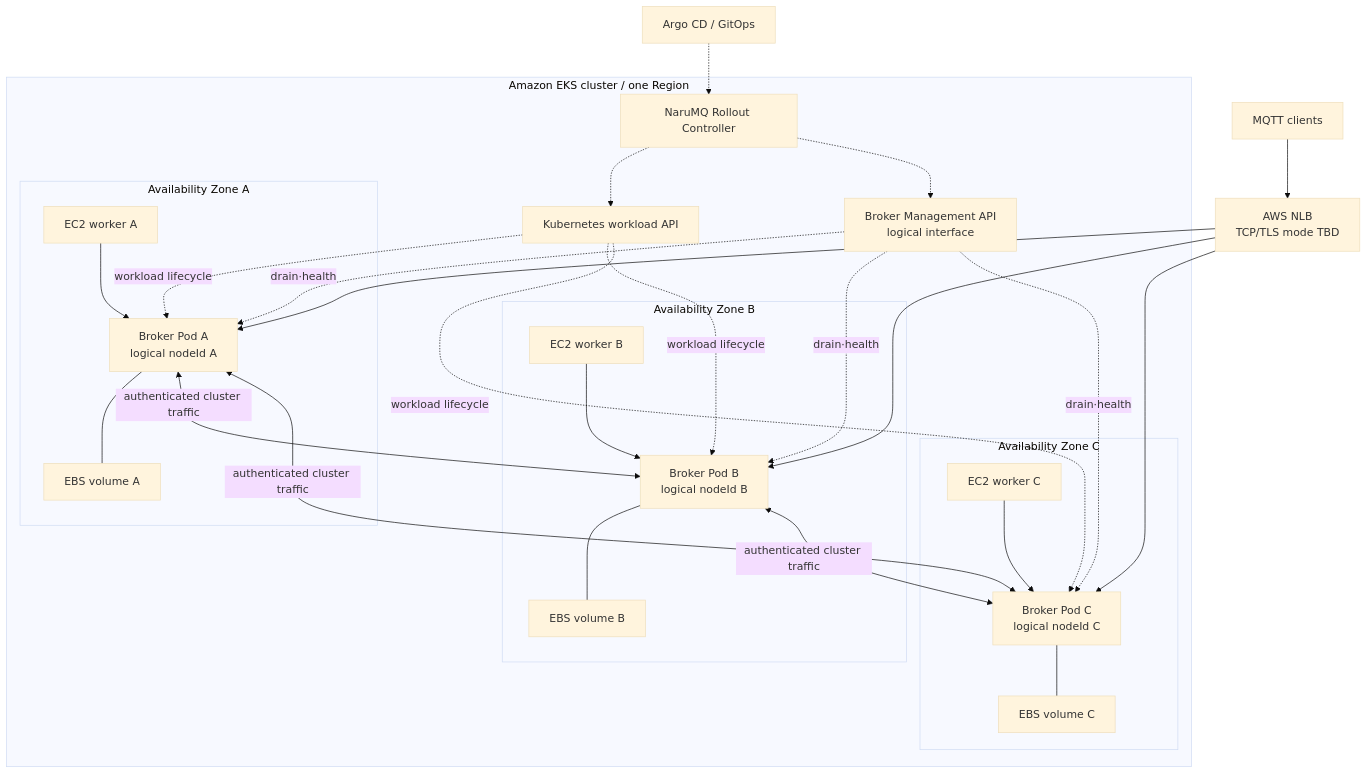
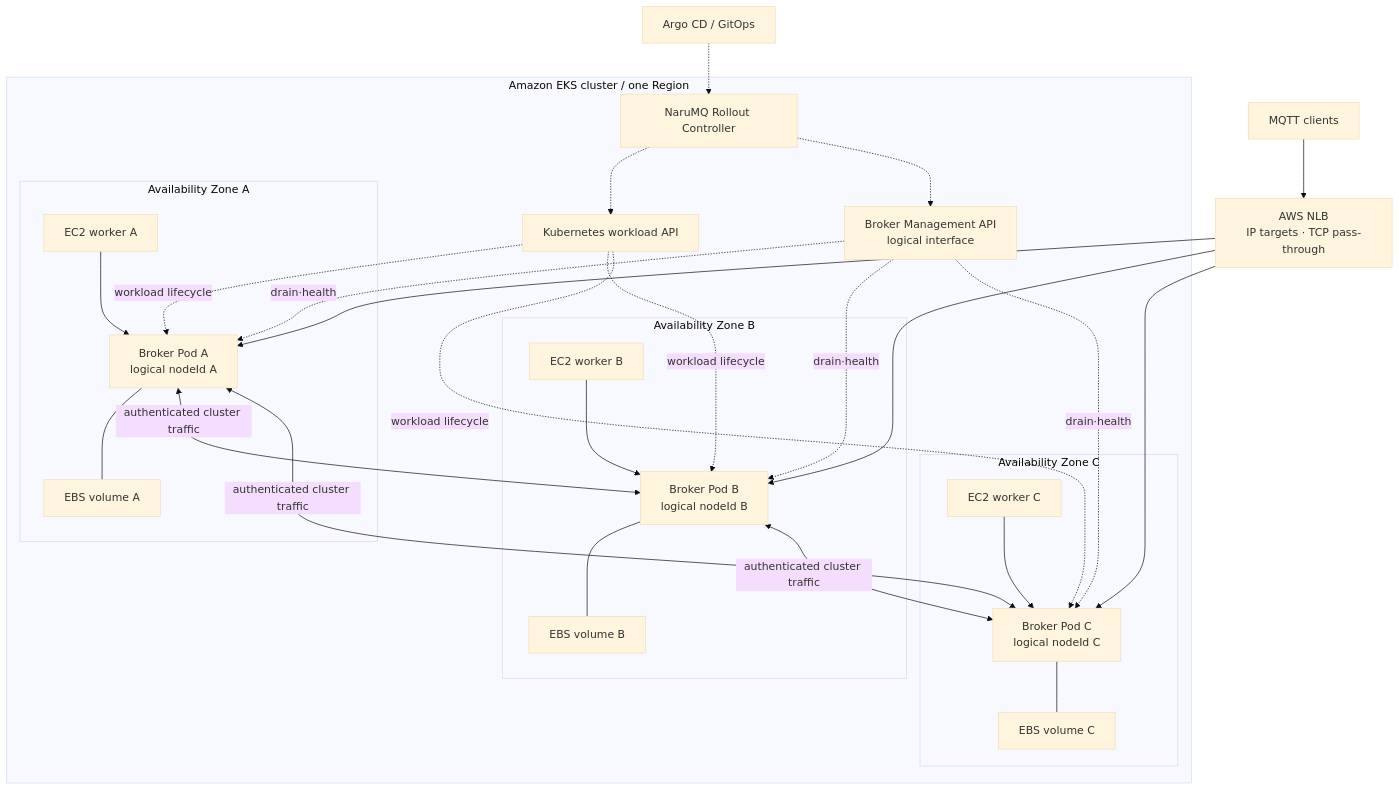
One commit to kayden-kim/narumq changed the diagram in docs/architectures/eks-ec2-deployment.md. Above: the diagram before and after it, drawn with Mermaid (base theme). The commit also changed other lines of this file and 5 other files, not shown here.

````diff
--- a/docs/architectures/eks-ec2-deployment.md
+++ b/docs/architectures/eks-ec2-deployment.md
@@ -21,41 +39,41 @@
 ```mermaid
 flowchart TB
-    Clients["MQTT clients"] --> NLB["AWS NLB\nTCP/TLS mode TBD"]
+    Clients["MQTT clients"] --> NLB["AWS NLB\nIP targets · TCP pass-through"]
     GitOps["Argo CD / GitOps"]
 
     subgraph EKS["Amazon EKS cluster / one Region"]
         Rollout["NaruMQ Rollout Controller"]
         K8s["Kubernetes workload API"]
         MA["Broker Management API\nlogical interface"]
 
         subgraph AZA["Availability Zone A"]
             ECA["EC2 worker A"] --> PA["Broker Pod A\nlogical nodeId A"]
             PA --- EBSA["EBS volume A"]
         end
         subgraph AZB["Availability Zone B"]
             ECB["EC2 worker B"] --> PB["Broker Pod B\nlogical nodeId B"]
             PB --- EBSB["EBS volume B"]
         end
         subgraph AZC["Availability Zone C"]
             ECC["EC2 worker C"] --> PC["Broker Pod C\nlogical nodeId C"]
             PC --- EBSC["EBS volume C"]
         end
 
     end
 
     GitOps -.-> Rollout
     Rollout -.-> K8s
     Rollout -.-> MA
     K8s -.->|"workload lifecycle"| PA
     K8s -.->|"workload lifecycle"| PB
     K8s -.->|"workload lifecycle"| PC
     NLB --> PA
     NLB --> PB
     NLB --> PC
     PA <-->|"authenticated cluster traffic"| PB
     PB <-->|"authenticated cluster traffic"| PC
     PC <-->|"authenticated cluster traffic"| PA
     MA -.->|"drain·health"| PA
     MA -.->|"drain·health"| PB
     MA -.->|"drain·health"| PC
 ```
````
